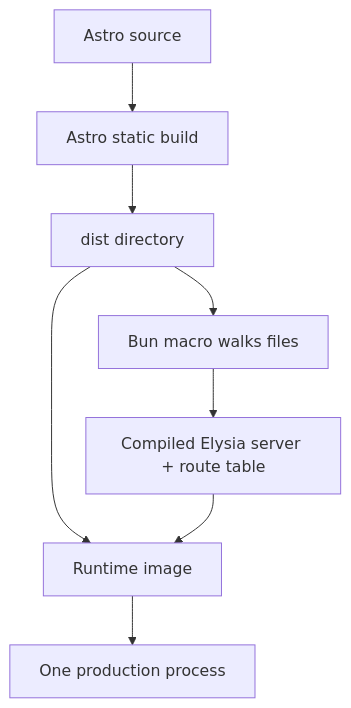
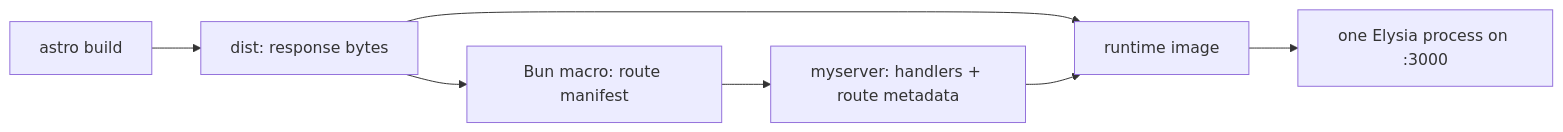
Before and after one commit to ErickCReis/ErickCReis: the first of 2 diagrams in web/content/blog/shipping-astro-from-a-bun-server.mdx, drawn with Mermaid. The commit also changed other lines of this file and 33 other files, not shown here.

````diff
--- a/web/content/blog/shipping-astro-from-a-bun-server.mdx
+++ b/web/content/blog/shipping-astro-from-a-bun-server.mdx
@@ -16,10 +10,9 @@
 ```mermaid center
-flowchart TB
-  Source["Astro source"] --> Astro["Astro static build"]
-  Astro --> Dist["dist directory"]
-  Dist --> Macro["Bun macro walks files"]
-  Macro --> Binary["Compiled Elysia server + route table"]
-  Dist --> Image["Runtime image"]
+flowchart LR
+  Astro["astro build"] --> Dist["dist: response bytes"]
+  Dist --> Macro["Bun macro: route manifest"]
+  Macro --> Binary["myserver: handlers + route metadata"]
+  Dist --> Image["runtime image"]
   Binary --> Image
-  Image --> Process["One production process"]
+  Image --> Elysia["one Elysia process on :3000"]
 ```
````
